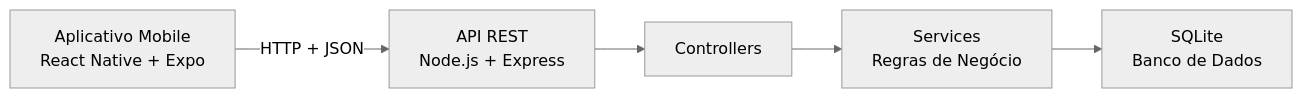
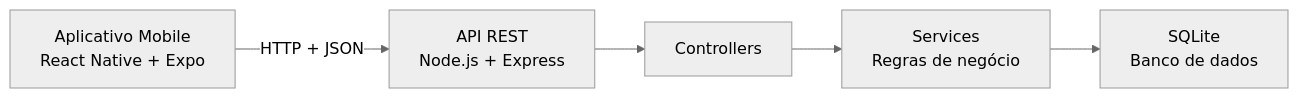
Before and after one commit to brunomanoellima/EuLevo: the diagram in DOCUMENTACAO_PROJETO_EULEVO.md, drawn with Mermaid (neutral theme). The commit also changed other lines of this file, not shown here.

````diff
--- a/DOCUMENTACAO_PROJETO_EULEVO.md
+++ b/DOCUMENTACAO_PROJETO_EULEVO.md
@@ -353,7 +642,7 @@
 ```mermaid
 flowchart LR
     A["Aplicativo Mobile<br/>React Native + Expo"] -->|"HTTP + JSON"| B["API REST<br/>Node.js + Express"]
     B --> C["Controllers"]
-    C --> D["Services<br/>Regras de Negócio"]
-    D --> E["SQLite<br/>Banco de Dados"]
+    C --> D["Services<br/>Regras de negócio"]
+    D --> E["SQLite<br/>Banco de dados"]
 ```
````
